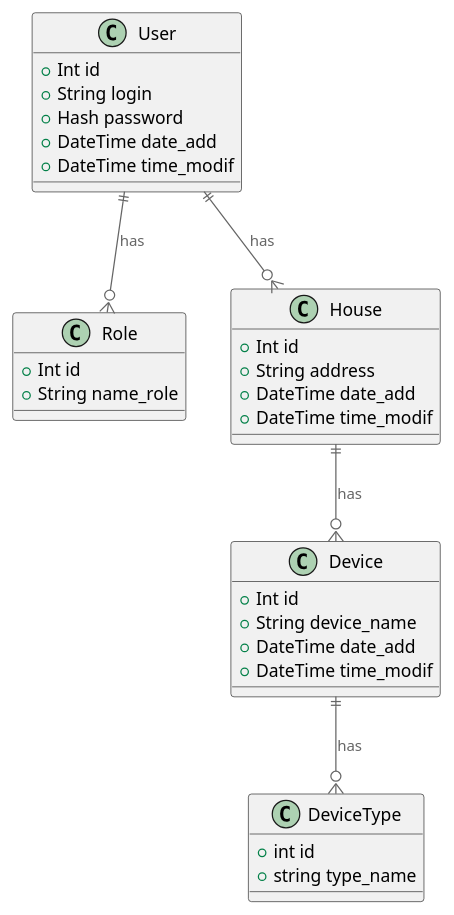
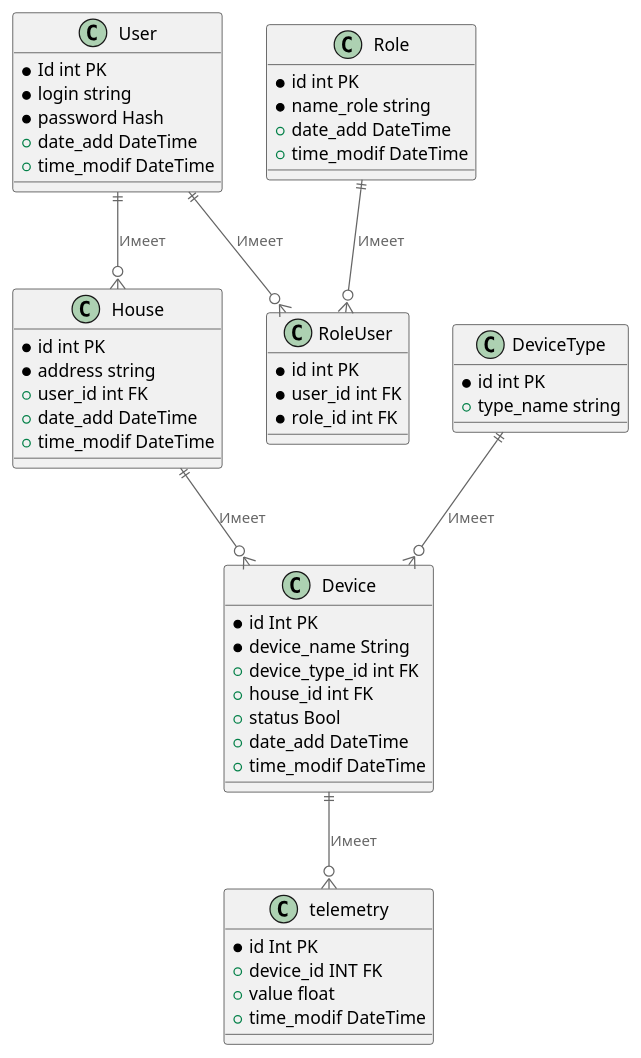
Before and after one commit to HichDX/architecture-sprint-3: the diagram in diagrams/er-diagram.puml, drawn with PlantUML. The commit also changed 8 other files, not shown here.

```diff
--- a/diagrams/er-diagram.puml
+++ b/diagrams/er-diagram.puml
@@ -1,44 +1,64 @@
 @startuml
 !include https://raw.githubusercontent.com/plantuml-stdlib/C4-PlantUML/master/C4_Component.puml
 
 
 class User{
-    + Int id
-    + String login
-    + Hash password
-    + DateTime date_add
-    + DateTime time_modif
+    * Id int PK
+    * login string  
+    * password Hash 
+    + date_add DateTime 
+    + time_modif DateTime 
 }
 
 class Role{
-   + Int id
-   + String name_role
+   * id int PK 
+   * name_role string 
+     + date_add DateTime 
+     + time_modif DateTime 
+}
+
+class RoleUser{
+   * id int PK 
+   * user_id int FK
+   * role_id int FK
 }
 
 
 class House{
-    + Int id
-    + String address
-    + DateTime date_add
-    + DateTime time_modif
+    * id int PK
+    * address string  
+    + user_id int FK 
+    + date_add DateTime  
+    + time_modif DateTime  
 }
 
 
 class Device{
-    + Int id
-    + String device_name
-    + DateTime date_add
-    + DateTime time_modif
+    * id Int PK
+    * device_name String
+    + device_type_id int FK
+    + house_id int FK 
+    + status Bool 
+    + date_add DateTime 
+    + time_modif DateTime 
+}
+
+class telemetry{
+    * id Int PK
+    + device_id INT FK
+    + value float
+    + time_modif DateTime 
 }
 
 class DeviceType{
-    + int id
-    + string type_name
+    * id int PK
+    + type_name string 
 }
 
-User ||--o{ House : "has"
-User ||--o{ Role: "has"
-House||--o{ Device: "has"
-Device||--o{ DeviceType: "has"
-
+User ||--o{ House : "Имеет"
+Role ||--o{ RoleUser: "Имеет"
+User ||--o{ RoleUser: "Имеет"
+House||--o{ Device: "Имеет"
+DeviceType ||--o{ Device: "Имеет"
+Device||--o{ telemetry: "Имеет"
 @enduml
```
